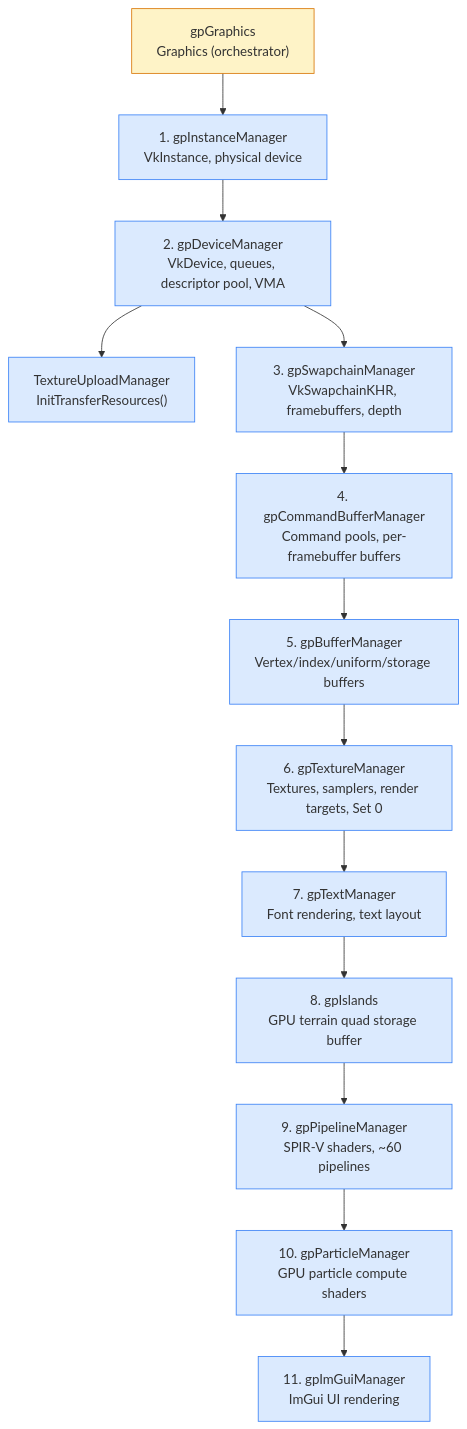
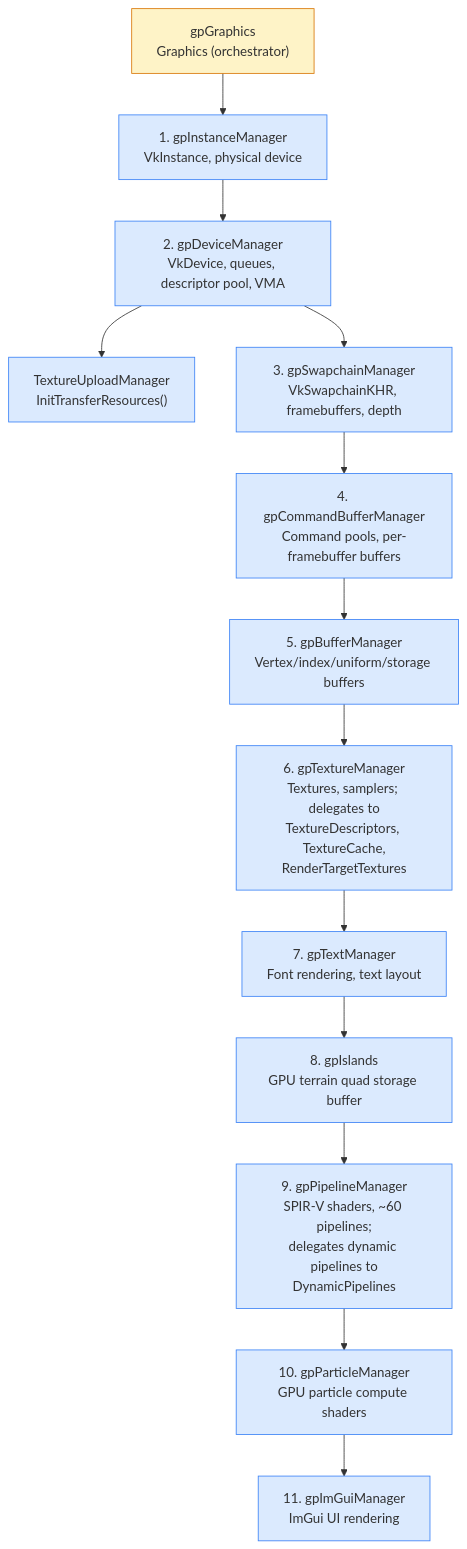
One commit to DougTanner/BrokenEnginePublic changed the first of 4 diagrams in Documents/Architecture/GraphicsPipeline.md. Above: the diagram before and after it, drawn with Mermaid. The commit also changed other lines of this file and 222 other files, not shown here.

````diff
--- a/Documents/Architecture/GraphicsPipeline.md
+++ b/Documents/Architecture/GraphicsPipeline.md
@@ -9,32 +9,32 @@
 ```mermaid
 %%{init: {'theme': 'default'}}%%
 graph TD
     classDef manager fill:#dbeafe,stroke:#3b82f6
     classDef orchestrator fill:#fef3c7,stroke:#d97706
 
     gpGraphics["gpGraphics<br/>Graphics (orchestrator)"]:::orchestrator
 
     gpGraphics --> IM
     IM["1. gpInstanceManager<br/>VkInstance, physical device"]:::manager
     IM --> DM
     DM["2. gpDeviceManager<br/>VkDevice, queues, descriptor pool, VMA"]:::manager
     DM --> TUM["TextureUploadManager<br/>InitTransferResources()"]:::manager
     DM --> SM
     SM["3. gpSwapchainManager<br/>VkSwapchainKHR, framebuffers, depth"]:::manager
     SM --> CBM
     CBM["4. gpCommandBufferManager<br/>Command pools, per-framebuffer buffers"]:::manager
     CBM --> BM
     BM["5. gpBufferManager<br/>Vertex/index/uniform/storage buffers"]:::manager
     BM --> TXM
-    TXM["6. gpTextureManager<br/>Textures, samplers, render targets, Set 0"]:::manager
+    TXM["6. gpTextureManager<br/>Textures, samplers; delegates to<br/>TextureDescriptors, TextureCache,<br/>RenderTargetTextures"]:::manager
     TXM --> TM
     TM["7. gpTextManager<br/>Font rendering, text layout"]:::manager
     TM --> ISL
     ISL["8. gpIslands<br/>GPU terrain quad storage buffer"]:::manager
     ISL --> PM
-    PM["9. gpPipelineManager<br/>SPIR-V shaders, ~60 pipelines"]:::manager
+    PM["9. gpPipelineManager<br/>SPIR-V shaders, ~60 pipelines;<br/>delegates dynamic pipelines to<br/>DynamicPipelines"]:::manager
     PM --> PAR
     PAR["10. gpParticleManager<br/>GPU particle compute shaders"]:::manager
     PAR --> IMGUI
     IMGUI["11. gpImGuiManager<br/>ImGui UI rendering"]:::manager
 ```
````
